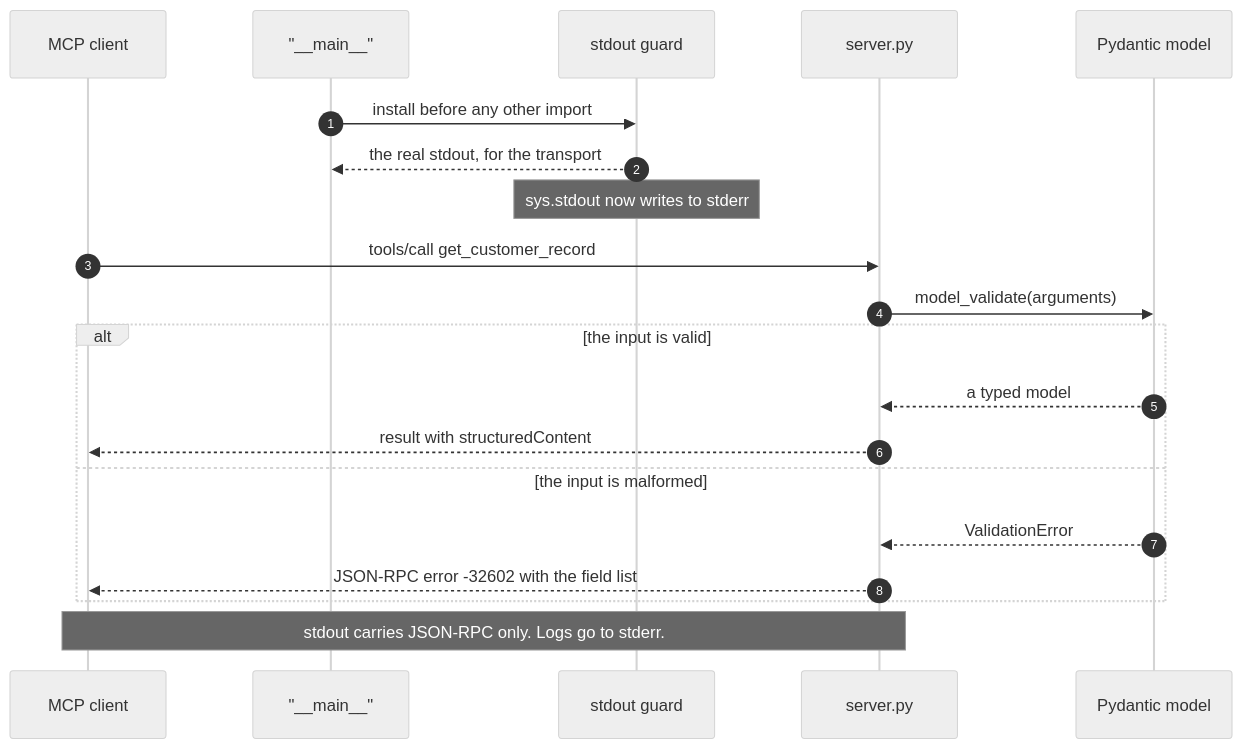
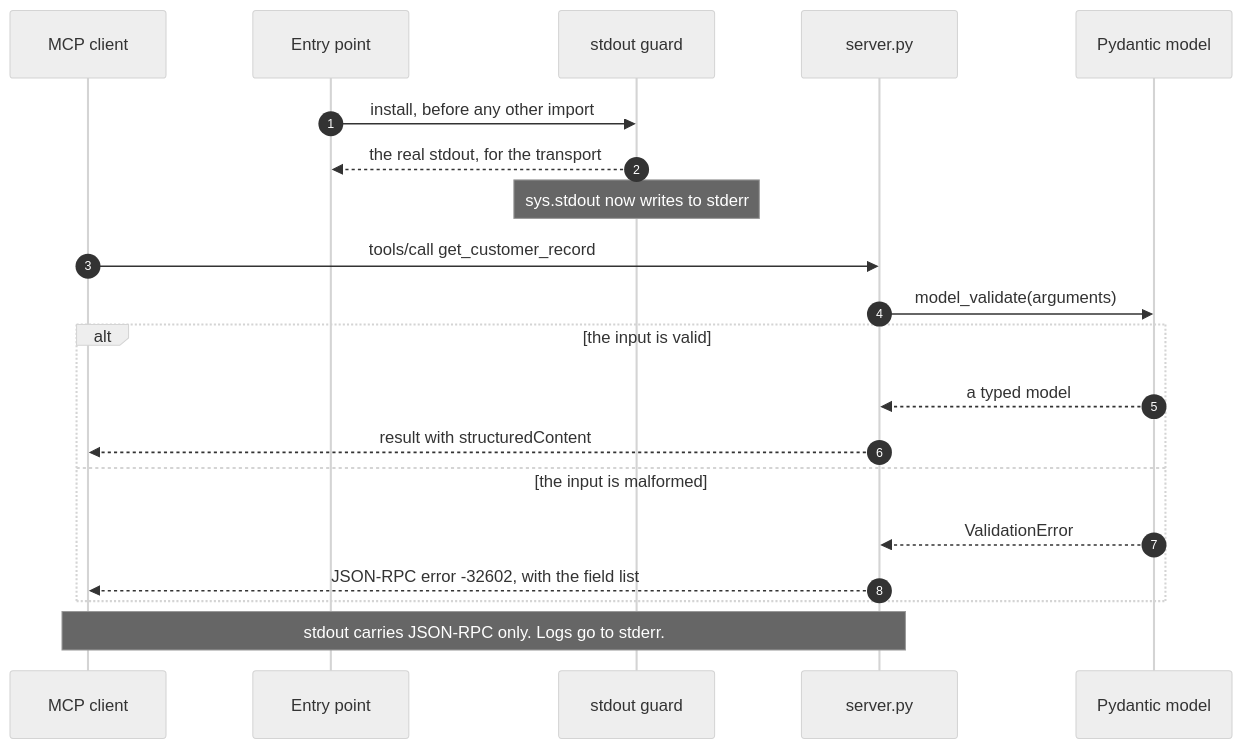
One commit to Kunal-5402/quilr-tasks changed the second of 9 diagrams in README.md. Above: the diagram before and after it, drawn with Mermaid (neutral theme). The commit also changed other lines of this file and 6 other files, not shown here.

````diff
--- a/README.md
+++ b/README.md
@@ -89,26 +88,26 @@
 ```mermaid
 sequenceDiagram
     autonumber
     participant C as MCP client
-    participant M as "__main__"
+    participant M as Entry point
     participant G as stdout guard
     participant S as server.py
     participant P as Pydantic model
 
-    M->>G: install before any other import
+    M->>G: install, before any other import
     G-->>M: the real stdout, for the transport
     Note over G: sys.stdout now writes to stderr
 
     C->>S: tools/call get_customer_record
     S->>P: model_validate(arguments)
 
     alt the input is valid
         P-->>S: a typed model
         S-->>C: result with structuredContent
     else the input is malformed
         P-->>S: ValidationError
-        S-->>C: JSON-RPC error -32602 with the field list
+        S-->>C: JSON-RPC error -32602, with the field list
     end
 
     Note over C,S: stdout carries JSON-RPC only. Logs go to stderr.
 ```
````
